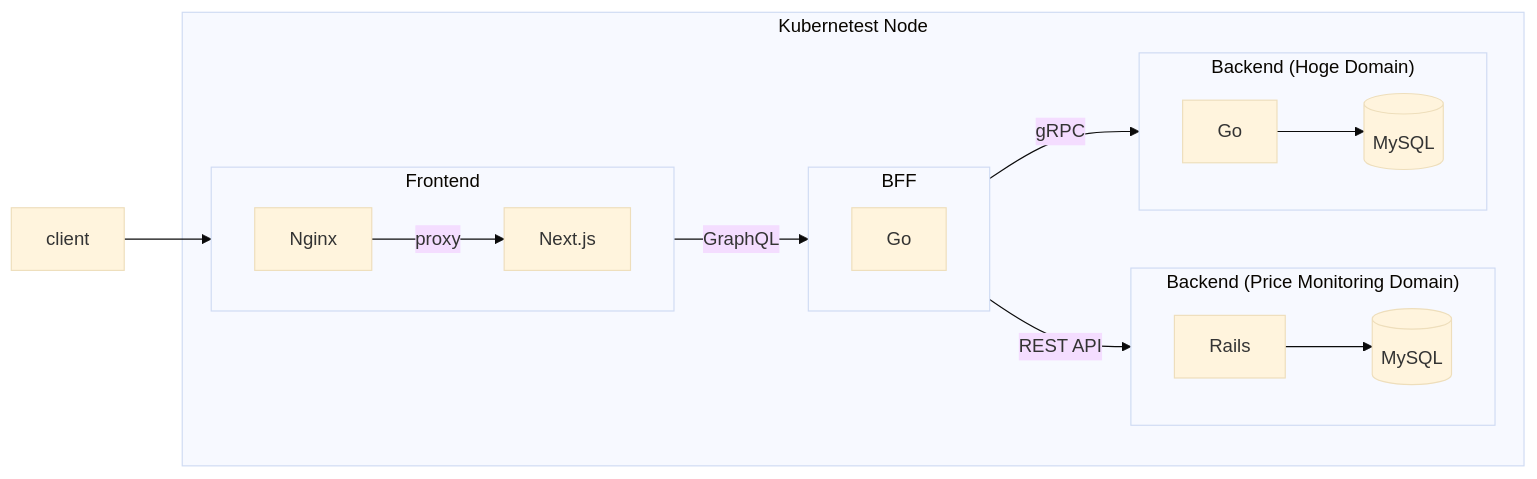
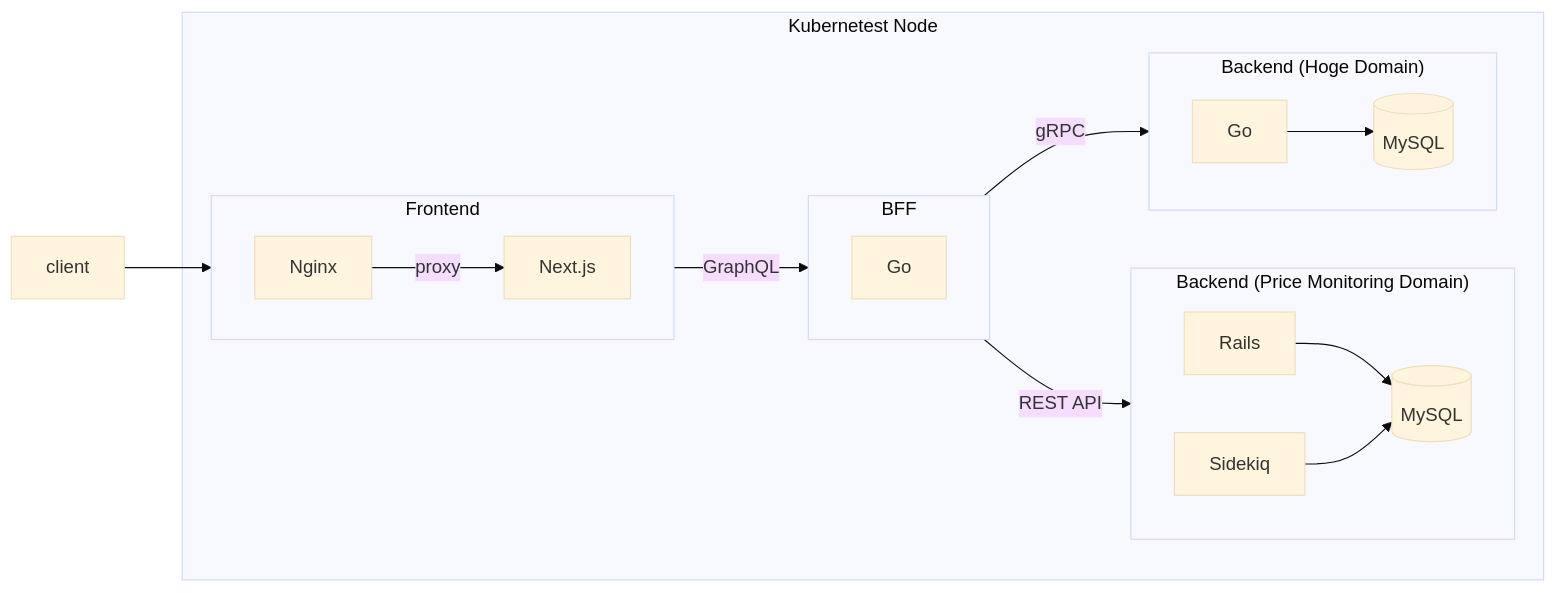
The first of 2 diagrams in README.md (kuroweb/price-monitoring), drawn with Mermaid (base theme) before and after one commit.

Commit message:
docs: README更新

````diff
--- a/README.md
+++ b/README.md
@@ -34,41 +34,43 @@
 ```mermaid
 flowchart LR
 subgraph Kubernetest Node
   subgraph frontend [Frontend]
     direction LR
 
     Nginx
     Next.js
 
     Nginx--proxy-->Next.js
   end
 
   subgraph bff [BFF]
     direction LR
 
     bff_go[Go]
   end
 
   subgraph price ["Backend (Price Monitoring Domain)"]
     direction LR
 
     price_rails[Rails]
+    price_rails_batch[Sidekiq]
     price_rails_mysql[(MySQL)]
 
     price_rails-->price_rails_mysql
+    price_rails_batch-->price_rails_mysql
   end
 
   subgraph hoge ["Backend (Hoge Domain)"]
     direction LR
 
     hoge_go[Go]
     hoge_go_mysql[(MySQL)]
 
     hoge_go-->hoge_go_mysql
   end
 end
 
 client-->frontend--GraphQL-->bff
 bff--REST API-->price
 bff--gRPC-->hoge
 ```
````
